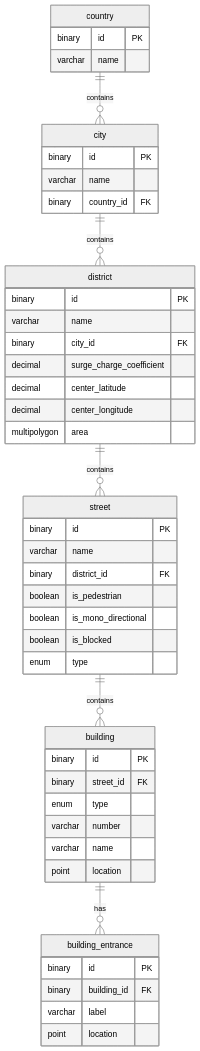
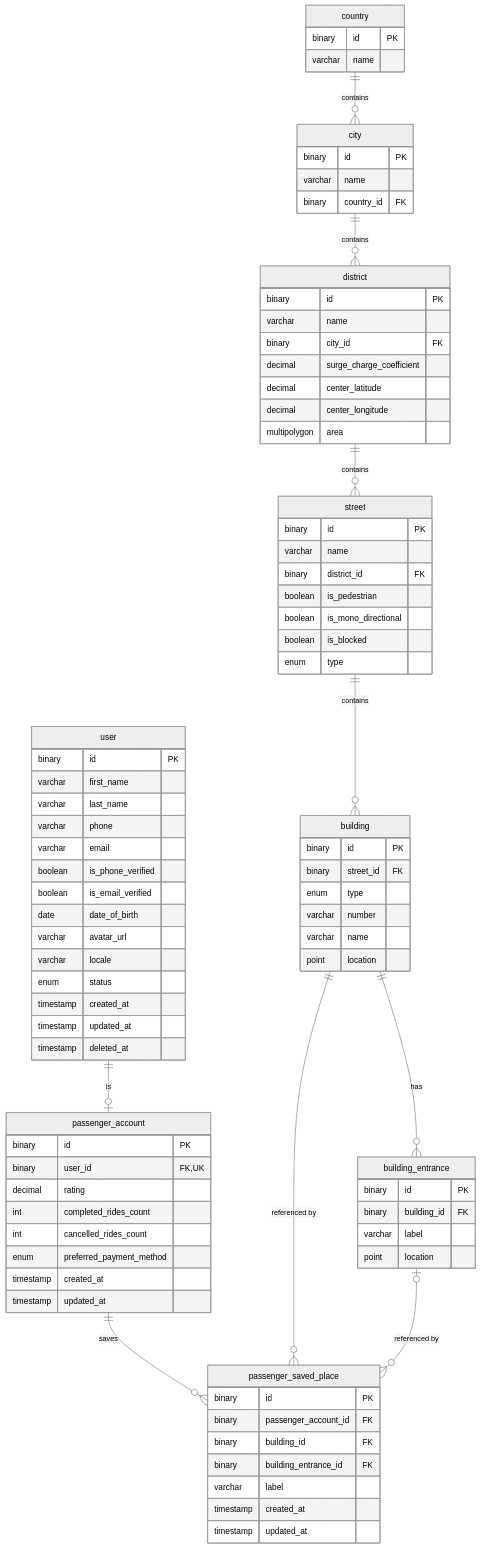
Before and after one commit to FatCaf/uber-sql: the diagram in schema.md, drawn with Mermaid (neutral theme). The commit also changed other lines of this file and 4 other files, not shown here.

Commit message:
create user, passenger account, passenger saved place tables

````diff
--- a/schema.md
+++ b/schema.md
@@ -24,6 +27,10 @@
     district ||--o{ street : "contains"
     street ||--o{ building : "contains"
     building ||--o{ building_entrance : "has"
+    user ||--o| passenger_account : "is"
+    passenger_account ||--o{ passenger_saved_place : "saves"
+    building ||--o{ passenger_saved_place : "referenced by"
+    building_entrance |o--o{ passenger_saved_place : "referenced by"
 
     country {
         binary id PK
@@ -71,4 +78,42 @@
         varchar label
         point location
     }
+
+    user {
+        binary id PK
+        varchar first_name
+        varchar last_name
+        varchar phone
+        varchar email
+        boolean is_phone_verified
+        boolean is_email_verified
+        date date_of_birth
+        varchar avatar_url
+        varchar locale
+        enum status
+        timestamp created_at
+        timestamp updated_at
+        timestamp deleted_at
+    }
+
+    passenger_account {
+        binary id PK
+        binary user_id FK, UK
+        decimal rating
+        int completed_rides_count
+        int cancelled_rides_count
+        enum preferred_payment_method
+        timestamp created_at
+        timestamp updated_at
+    }
+
+    passenger_saved_place {
+        binary id PK
+        binary passenger_account_id FK
+        binary building_id FK
+        binary building_entrance_id FK
+        varchar label
+        timestamp created_at
+        timestamp updated_at
+    }
 ```
````
